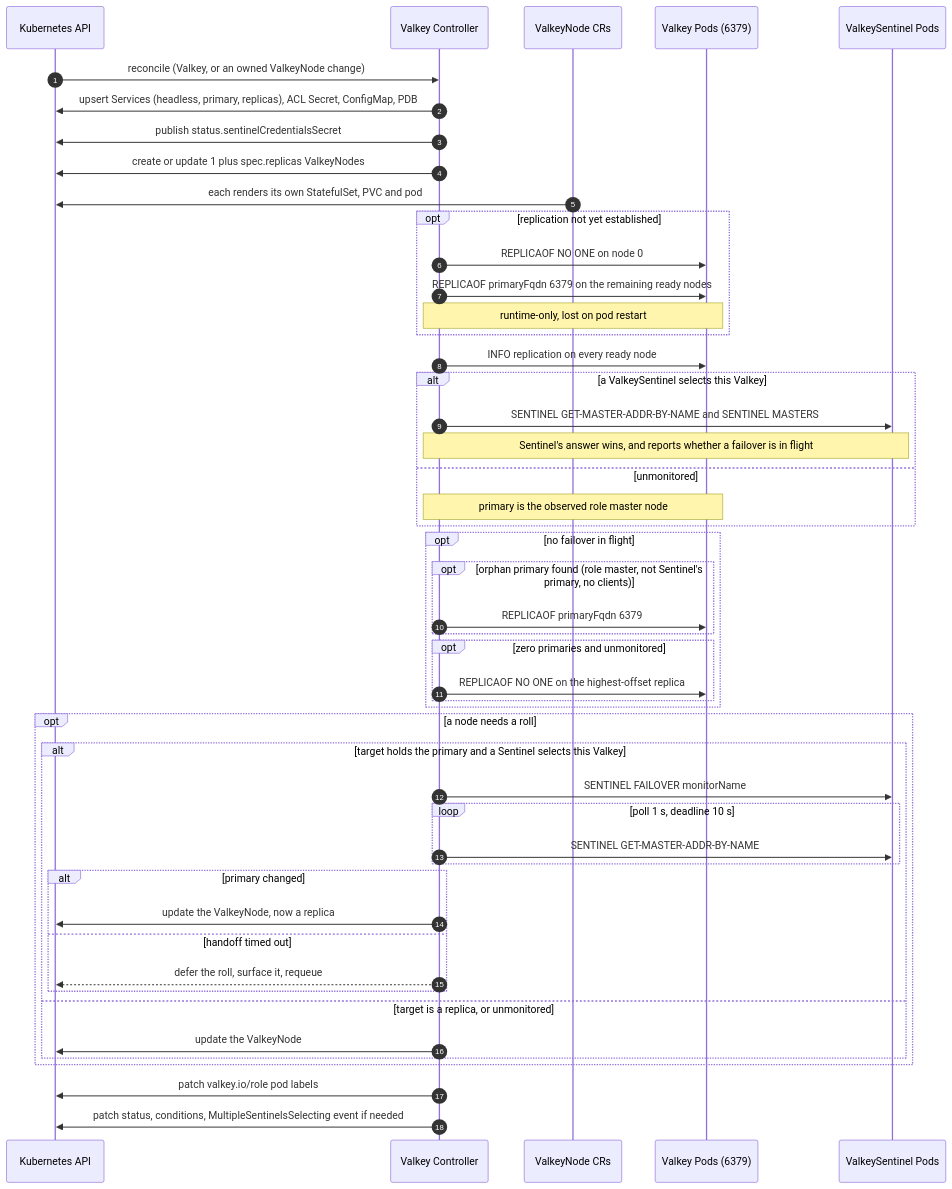
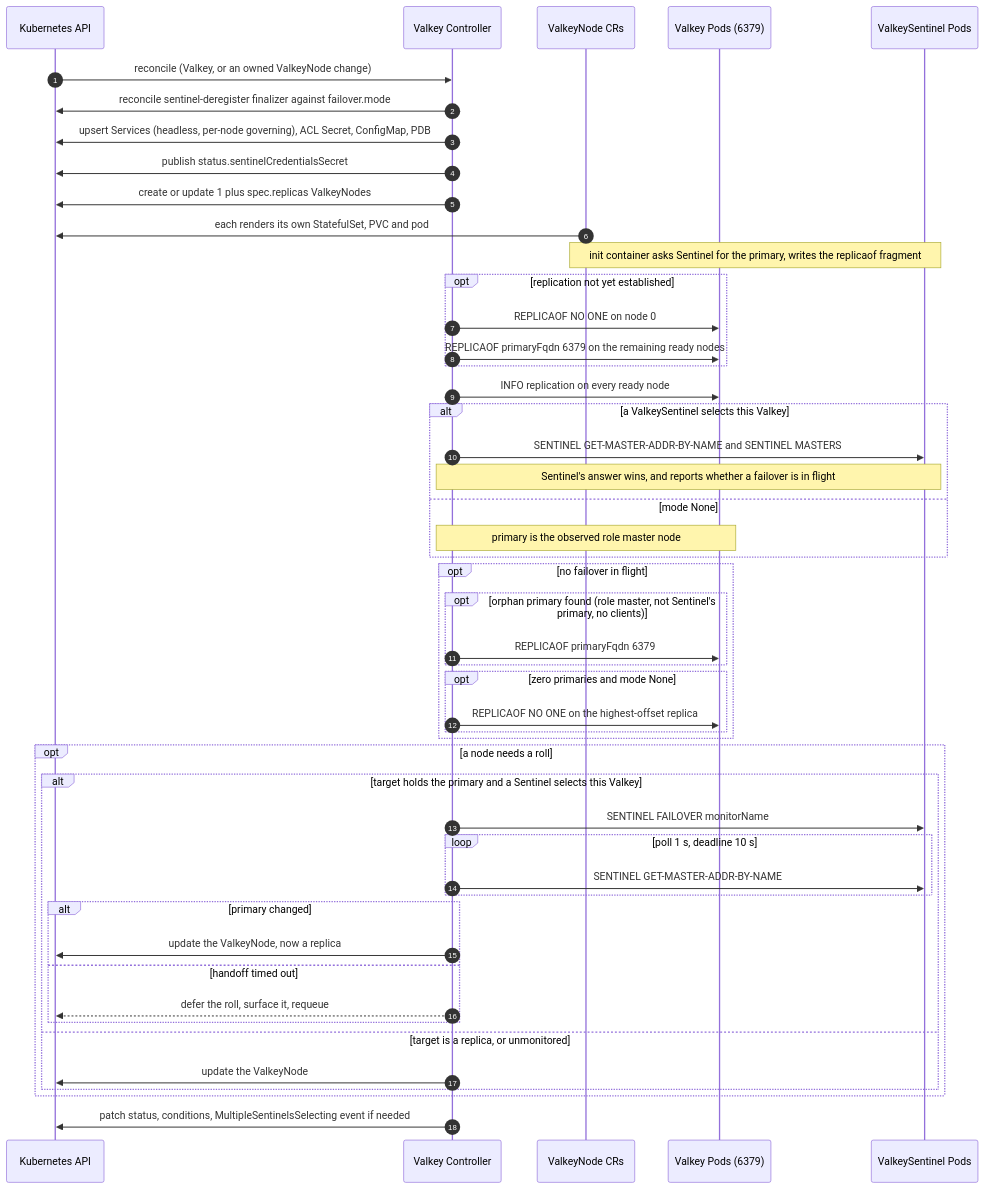
Before and after one commit to deepakpunjabi/valkey-operator: the second of 2 diagrams in docs/valkeysentinel-design.md, drawn with Mermaid. The commit also changed other lines of this file, not shown here.

````diff
--- a/docs/valkeysentinel-design.md
+++ b/docs/valkeysentinel-design.md
@@ -422,57 +595,58 @@
 ```mermaid
 sequenceDiagram
     autonumber
     participant API as Kubernetes API
     participant VC as Valkey Controller
     participant VN as ValkeyNode CRs
     participant VP as Valkey Pods (6379)
     participant VSP as ValkeySentinel Pods
 
     API->>VC: reconcile (Valkey, or an owned ValkeyNode change)
-    VC->>API: upsert Services (headless, primary, replicas), ACL Secret, ConfigMap, PDB
+    VC->>API: reconcile sentinel-deregister finalizer against failover.mode
+    VC->>API: upsert Services (headless, per-node governing), ACL Secret, ConfigMap, PDB
     VC->>API: publish status.sentinelCredentialsSecret
     VC->>API: create or update 1 plus spec.replicas ValkeyNodes
     VN->>API: each renders its own StatefulSet, PVC and pod
 
+    Note over VN,VSP: init container asks Sentinel for the primary, writes the replicaof fragment
+
     opt replication not yet established
         VC->>VP: REPLICAOF NO ONE on node 0
         VC->>VP: REPLICAOF primaryFqdn 6379 on the remaining ready nodes
-        Note over VC,VP: runtime-only, lost on pod restart
     end
 
     VC->>VP: INFO replication on every ready node
     alt a ValkeySentinel selects this Valkey
         VC->>VSP: SENTINEL GET-MASTER-ADDR-BY-NAME and SENTINEL MASTERS
         Note over VC,VSP: Sentinel's answer wins, and reports whether a failover is in flight
-    else unmonitored
+    else mode None
         Note over VC,VP: primary is the observed role master node
     end
 
     opt no failover in flight
         opt orphan primary found (role master, not Sentinel's primary, no clients)
             VC->>VP: REPLICAOF primaryFqdn 6379
         end
-        opt zero primaries and unmonitored
+        opt zero primaries and mode None
             VC->>VP: REPLICAOF NO ONE on the highest-offset replica
         end
     end
 
     opt a node needs a roll
         alt target holds the primary and a Sentinel selects this Valkey
             VC->>VSP: SENTINEL FAILOVER monitorName
             loop poll 1 s, deadline 10 s
                 VC->>VSP: SENTINEL GET-MASTER-ADDR-BY-NAME
             end
             alt primary changed
                 VC->>API: update the ValkeyNode, now a replica
             else handoff timed out
                 VC-->>API: defer the roll, surface it, requeue
             end
         else target is a replica, or unmonitored
             VC->>API: update the ValkeyNode
         end
     end
 
-    VC->>API: patch valkey.io/role pod labels
     VC->>API: patch status, conditions, MultipleSentinelsSelecting event if needed
 ```
````
